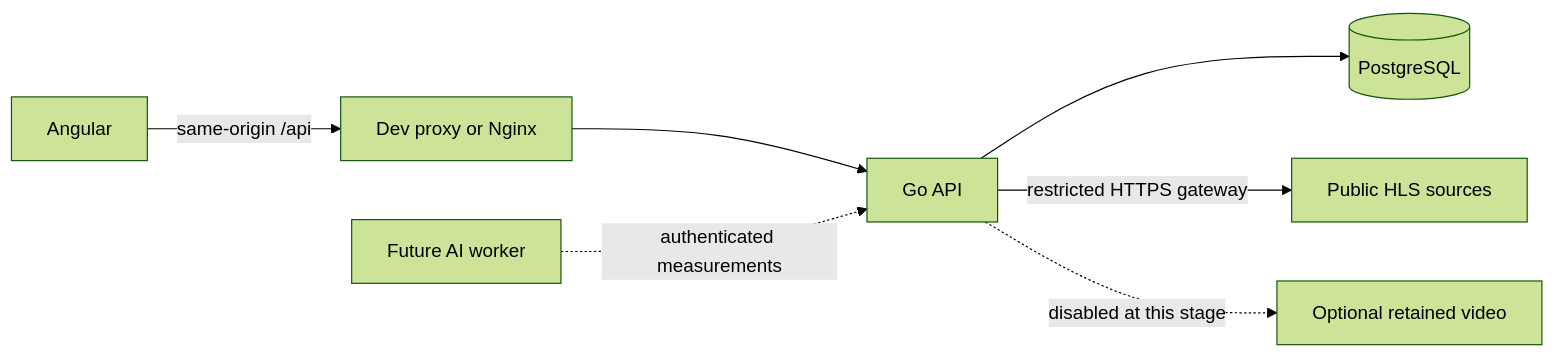
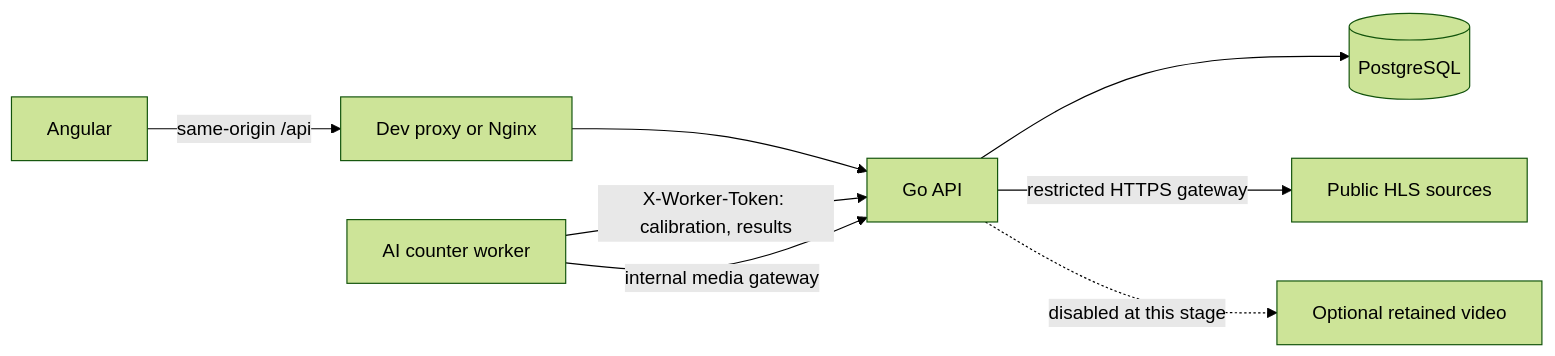
Before and after one commit to TykhonRepeshko/trafficbet-demo: the diagram in README.md, drawn with Mermaid (forest theme). The commit also changed other lines of this file and 1 other file, not shown here.

Commit message:
Docs: automatic counting, live play flow and worker API

````diff
--- a/README.md
+++ b/README.md
@@ -26,9 +27,10 @@
 ```mermaid
 flowchart LR
     Browser[Angular] -->|same-origin /api| Proxy[Dev proxy or Nginx]
     Proxy --> API[Go API]
     API --> DB[(PostgreSQL)]
     API -->|restricted HTTPS gateway| Cameras[Public HLS sources]
     API -. disabled at this stage .-> Evidence[Optional retained video]
-    Worker[Future AI worker] -. authenticated measurements .-> API
+    Worker[AI counter worker] -->|X-Worker-Token: calibration, results| API
+    Worker -->|internal media gateway| API
 ```
````
